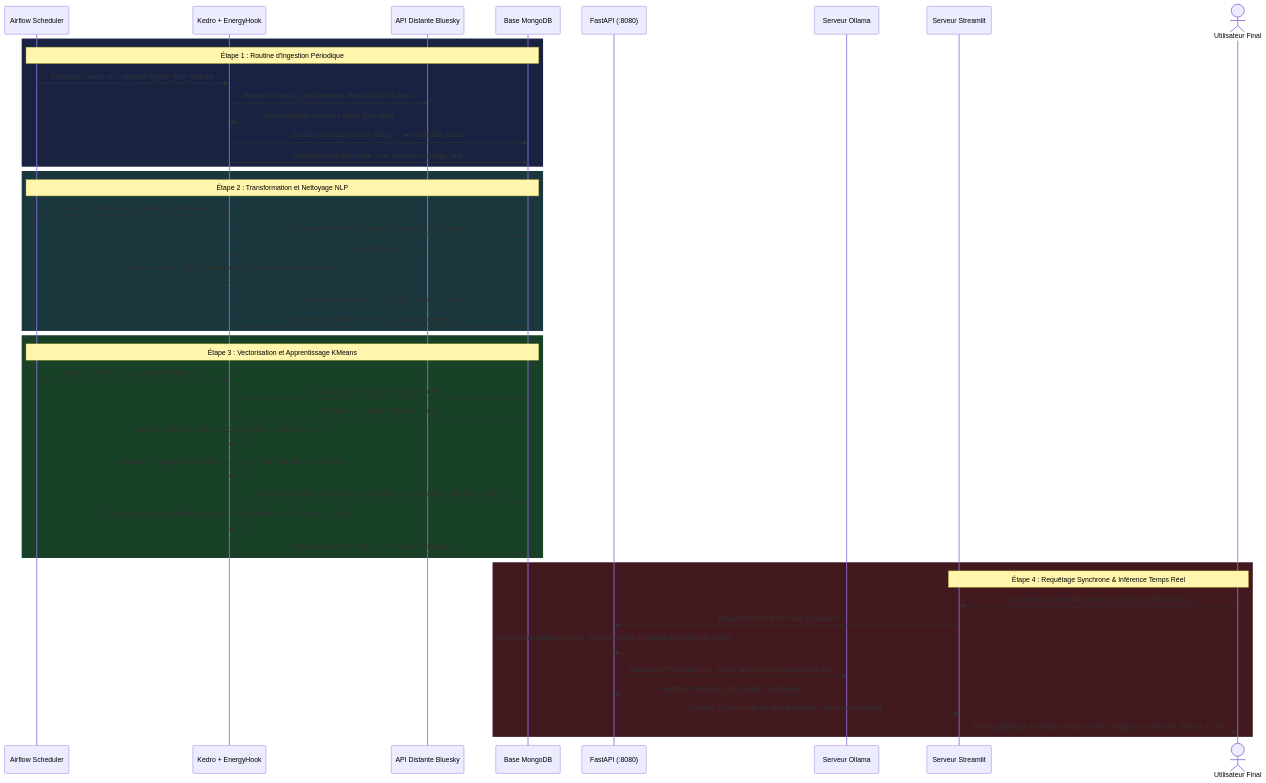
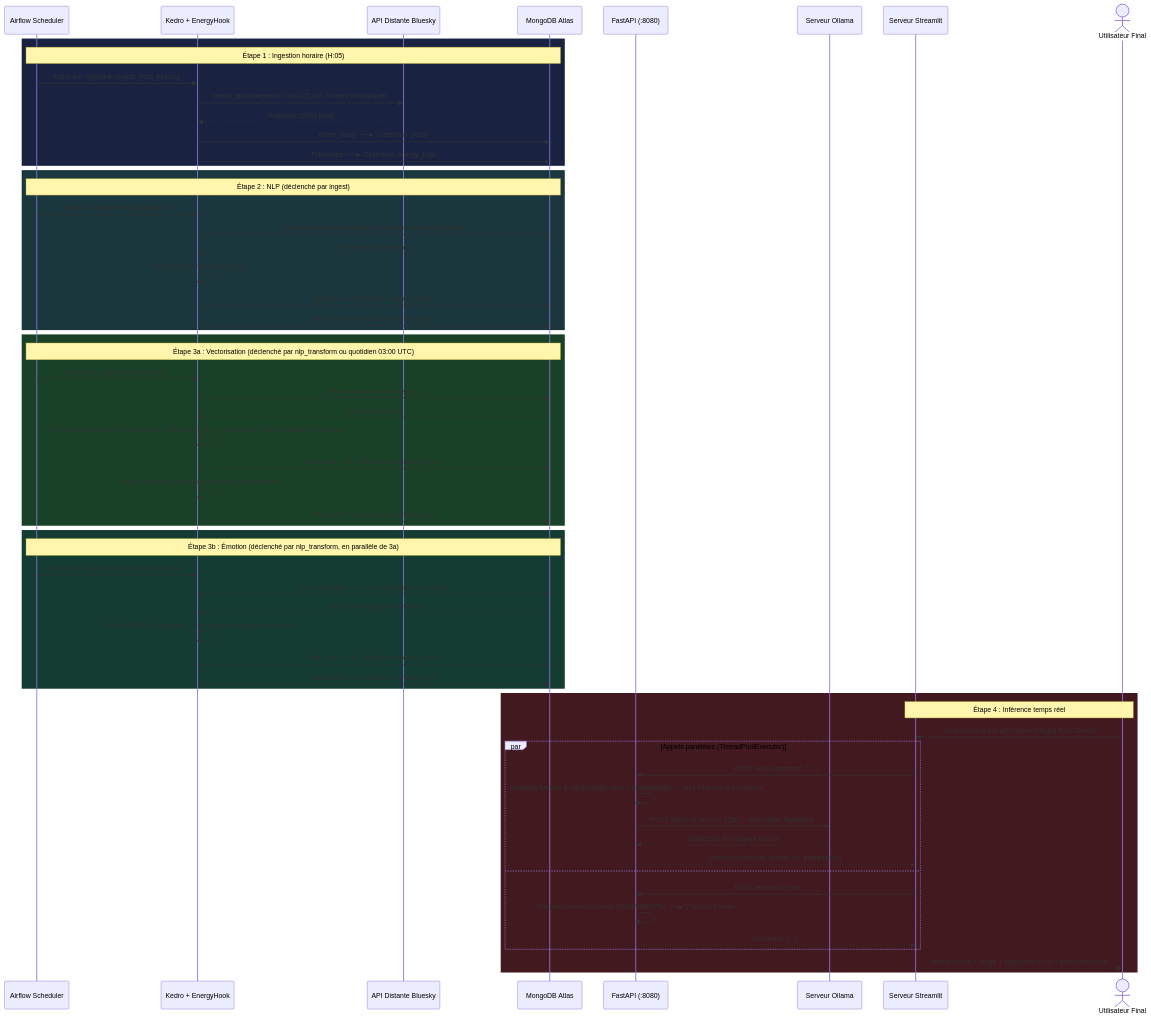
One commit to Sebastien35/projet_etudes_data changed the second of 2 diagrams in DAT.md. Above: the diagram before and after it, drawn with Mermaid. The commit also changed other lines of this file and 7 other files, not shown here.

````diff
--- a/DAT.md
+++ b/DAT.md
@@ -786,54 +851,69 @@
 ```mermaid
 sequenceDiagram
     participant AF as Airflow Scheduler
     participant KD as Kedro + EnergyHook
     participant BS as API Distante Bluesky
-    participant MG as Base MongoDB
+    participant MG as MongoDB Atlas
     participant API as FastAPI (:8080)
     participant OL as Serveur Ollama
     participant ST as Serveur Streamlit
     actor User as Utilisateur Final
 
     rect rgb(25, 35, 65)
-        Note over AF,MG: Étape 1 : Routine d'Ingestion Périodique
-        AF->>KD: Exécution : kedro run --pipeline=ingest_from_bluesky
-        KD->>BS: Requête : search_posts(keyword, limit=25) sur 20 axes
-        BS-->>KD: Restitution des payloads JSON (Flux brut)
-        KD->>MG: Écriture de masse (insert_many) ──► Collection: posts
-        KD->>MG: Enregistrement télémétrie ──► Collection: energy_logs
+        Note over AF,MG: Étape 1 : Ingestion horaire (H:05)
+        AF->>KD: kedro run --pipeline=ingest_from_bluesky
+        KD->>BS: search_posts(keyword, limit=25) sur 20 axes thématiques
+        BS-->>KD: Payloads JSON bruts
+        KD->>MG: insert_many ──► Collection: posts
+        KD->>MG: Télémétrie ──► Collection: energy_logs
     end
 
     rect rgb(25, 55, 60)
-        Note over AF,MG: Étape 2 : Transformation et Nettoyage NLP
-        AF->>KD: Exécution : kedro run --pipeline=nlp_transform
-        KD->>MG: Requête différentielle (Omission des unique_id existants)
-        MG-->>KD: Extraction des textes bruts
-        KD->>KD: Processus : clean_text() + normalize_text() (Regex, Ponctuation, ASCII)
-        KD->>MG: Persistance par Upsert ──► Collection: cleaned_posts
-        KD->>MG: Enregistrement télémétrie ──► Collection: energy_logs
+        Note over AF,MG: Étape 2 : NLP (déclenché par ingest)
+        AF->>KD: kedro run --pipeline=nlp_transform
+        KD->>MG: Requête différentielle (unique_id absents de cleaned_posts)
+        MG-->>KD: Textes bruts non traités
+        KD->>KD: clean_text() + normalize_text()
+        KD->>MG: Upsert ──► Collection: cleaned_posts
+        KD->>MG: Télémétrie ──► Collection: energy_logs
     end
 
     rect rgb(25, 65, 40)
-        Note over AF,MG: Étape 3 : Vectorisation et Apprentissage KMeans
-        AF->>KD: Exécution : kedro run --pipeline=vectorisation
-        KD->>MG: Extraction des textes nettoyés non traités
-        MG-->>KD: Restitution du corpus textuel normalisé
-        KD->>KD: Transformation matricielle TF-IDF (Extraction de 5000 features)
-        KD->>KD: Inférence non supervisée KMeans (k=2) ──► Calcul du ratio de distances
-        KD->>MG: Écriture transactionnelle groupée (bulk_write) ──► Collection: classified_posts
-        KD->>KD: Export physique des artefacts sérialisés : tfidf_vectorizer.pkl / kmeans_model.pkl
-        KD->>MG: Enregistrement télémétrie ──► Collection: energy_logs
+        Note over AF,MG: Étape 3a : Vectorisation (déclenché par nlp_transform ou quotidien 03:00 UTC)
+        AF->>KD: kedro run --pipeline=vectorisation
+        KD->>MG: Textes nettoyés non classifiés
+        MG-->>KD: Corpus normalisé
+        KD->>KD: SentenceTransformer (embeddings) + KMeans (k=2) ──► labels is_real (orientation dynamique)
+        KD->>MG: bulk_write ──► Collection: classified_posts
+        KD->>KD: Export : kmeans_model.pkl / reliability_classifier.pkl
+        KD->>MG: Télémétrie ──► Collection: energy_logs
+    end
+
+    rect rgb(20, 60, 50)
+        Note over AF,MG: Étape 3b : Émotion (déclenché par nlp_transform, en parallèle de 3a)
+        AF->>KD: kedro run --pipeline=emotion_classification
+        KD->>MG: Textes nettoyés non encore classifiés en émotion
+        MG-->>KD: Corpus normalisé (incrémental)
+        KD->>KD: DistilRoBERTa (j-hartmann) ──► émotion dominante + score
+        KD->>MG: bulk_write ──► Collection: emotion_posts
+        KD->>MG: Télémétrie ──► Collection: energy_logs
     end
 
     rect rgb(65, 25, 30)
-        Note over User,ST: Étape 4 : Requêtage Synchrone & Inférence Temps Réel
-        User->>ST: Soumission d'une affirmation textuelle (Onglet Fact-Check)
-        ST->>API: Requête HTTP : POST /ask {"question": "..."}
-        API->>API: Interception KMeansService : Transformation à chaud & Prédiction du verdict
-        API->>OL: Requête HTTP Asynchrone : POST /api/chat (Modèle qwen2:1.5b)
-        OL-->>API: Restitution du rapport d'explication syntaxique
-        API-->>ST: Payload JSON enrichi {verdict, probability, cluster, explanation}
-        ST-->>User: Rendu graphique dynamique (Badge coloré, Jauge de confiance & Texte du LLM)
+        Note over User,ST: Étape 4 : Inférence temps réel
+        User->>ST: Soumission d'une affirmation (Onglet Fact-Check)
+        par Appels parallèles (ThreadPoolExecutor)
+            ST->>API: POST /ask {"question": "..."}
+            API->>API: ReliabilityService (LogisticRegression + embeddings) — repli KMeans si pkl absent
+            API->>OL: POST /api/chat (qwen2:1.5b) — explication stylistique
+            OL-->>API: Explication en langage naturel
+            API-->>ST: {verdict, probability, based_on, explanation}
+        and
+            ST->>API: POST /emotion {"text": "..."}
+            API->>API: EmotionInferenceService (DistilRoBERTa) ──► 7 scores Ekman
+            API-->>ST: {emotions: [...]}
+        end
+        ST-->>User: Verdict coloré + jauge + explication LLM + donut émotions
     end
 
 ```
````
